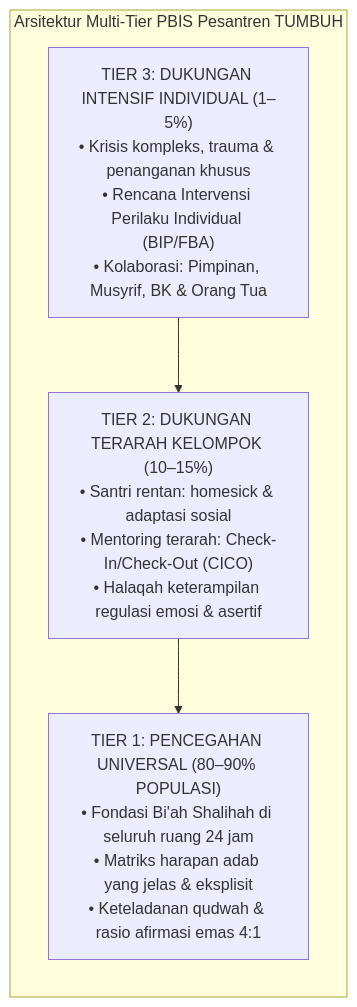
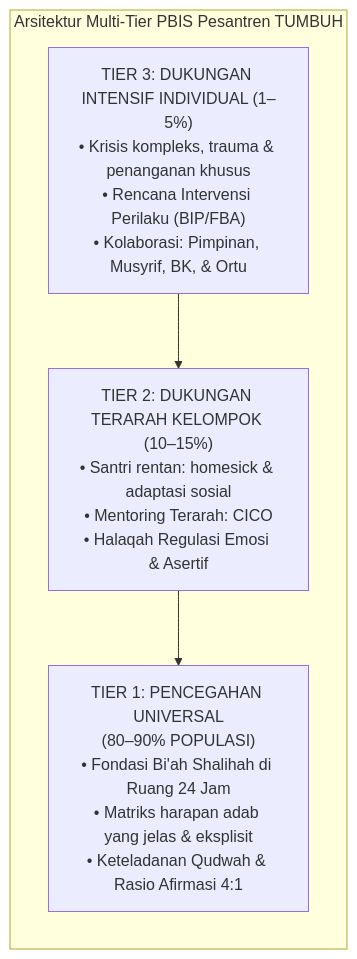
Before and after one commit to wandiapriliyandi/tumbuh: the first of 3 diagrams in BOOK Series 1/01-The-Fundamental-of-TUMBUH/Bab-18-Arsitektur-Intervensi-Bertingkat-PBIS-Pesantren.md, drawn with Mermaid. The commit also changed other lines of this file and 37 other files, not shown here.

Commit message:
fix(book-01): optimasi pemenggalan teks dan overflow seluruh diagram serta render ulang 20 PDF

````diff
--- a/BOOK Series 1/01-The-Fundamental-of-TUMBUH/Bab-18-Arsitektur-Intervensi-Bertingkat-PBIS-Pesantren.md
+++ b/BOOK Series 1/01-The-Fundamental-of-TUMBUH/Bab-18-Arsitektur-Intervensi-Bertingkat-PBIS-Pesantren.md
@@ -35,12 +35,12 @@
 ```mermaid
 graph TD
     subgraph PIRAMIDA_INTERVENSI_BERTINGKAT["Arsitektur Multi-Tier PBIS Pesantren TUMBUH"]
         direction TB
         
-        T3["TIER 3: DUKUNGAN INTENSIF INDIVIDUAL (1–5%)<br/>• Krisis kompleks, trauma & penanganan khusus<br/>• Rencana Intervensi Perilaku Individual (BIP/FBA)<br/>• Kolaborasi: Pimpinan, Musyrif, BK & Orang Tua"]
+        T3["TIER 3: DUKUNGAN INTENSIF INDIVIDUAL (1–5%)<br/>• Krisis kompleks, trauma & penanganan khusus<br/>• Rencana Intervensi Perilaku (BIP/FBA)<br/>• Kolaborasi: Pimpinan, Musyrif, BK, & Ortu"]
         
-        --> T2["TIER 2: DUKUNGAN TERARAH KELOMPOK (10–15%)<br/>• Santri rentan: homesick & adaptasi sosial<br/>• Mentoring terarah: Check-In/Check-Out (CICO)<br/>• Halaqah keterampilan regulasi emosi & asertif"]
+        --> T2["TIER 2: DUKUNGAN TERARAH KELOMPOK (10–15%)<br/>• Santri rentan: homesick & adaptasi sosial<br/>• Mentoring Terarah: CICO<br/>• Halaqah Regulasi Emosi & Asertif"]
         
-        --> T1["TIER 1: PENCEGAHAN UNIVERSAL (80–90% POPULASI)<br/>• Fondasi Bi'ah Shalihah di seluruh ruang 24 jam<br/>• Matriks harapan adab yang jelas & eksplisit<br/>• Keteladanan qudwah & rasio afirmasi emas 4:1"]
+        --> T1["TIER 1: PENCEGAHAN UNIVERSAL<br/>(80–90% POPULASI)<br/>• Fondasi Bi'ah Shalihah di Ruang 24 Jam<br/>• Matriks harapan adab yang jelas & eksplisit<br/>• Keteladanan Qudwah & Rasio Afirmasi 4:1"]
     end
 ```
````
